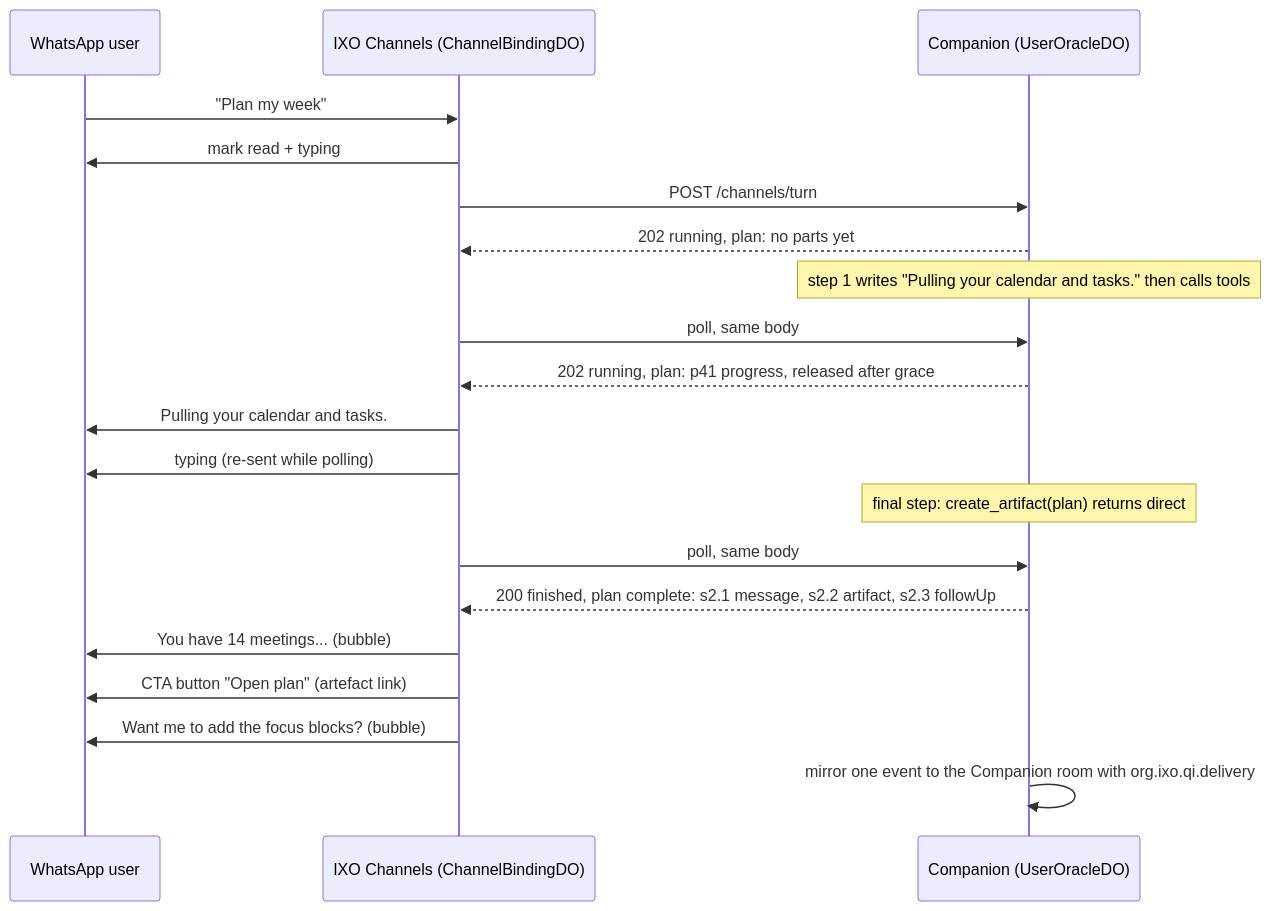
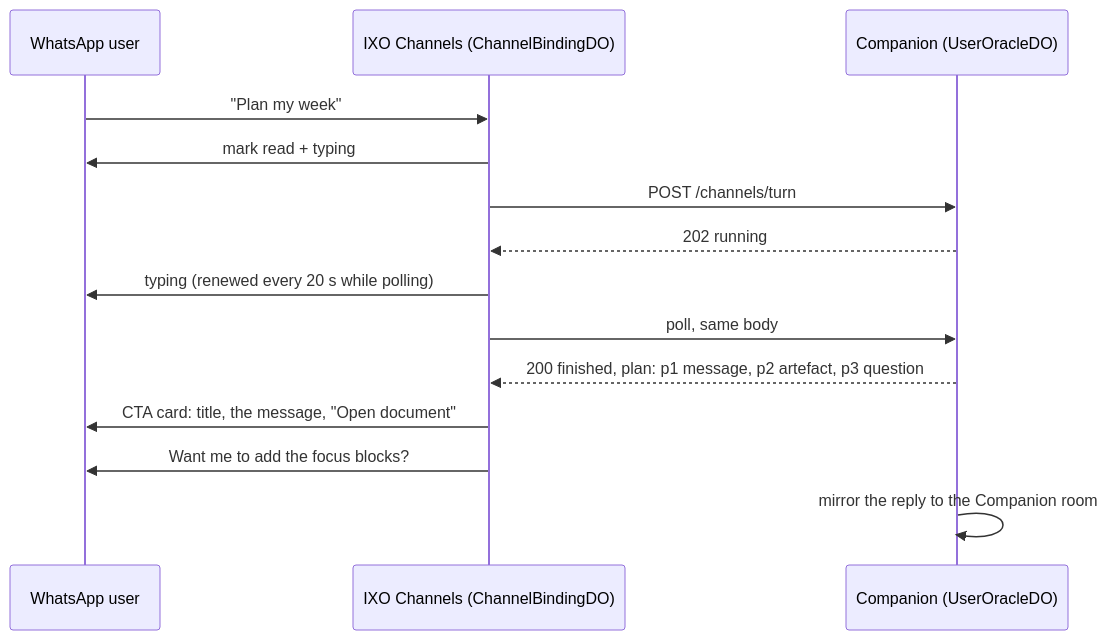
Before and after one commit to ixoworld/qiforge: the second of 2 diagrams in specs/chat-native-delivery.md, drawn with Mermaid. The commit also changed other lines of this file and 2 other files, not shown here.

First line of the commit message:
docs(specs): record chat delivery decisions and what shipped

````diff
--- a/specs/chat-native-delivery.md
+++ b/specs/chat-native-delivery.md
@@ -317,22 +333,16 @@
 ```mermaid
 sequenceDiagram
     participant U as WhatsApp user
     participant G as IXO Channels (ChannelBindingDO)
     participant Q as Companion (UserOracleDO)
     U->>G: "Plan my week"
     G->>U: mark read + typing
     G->>Q: POST /channels/turn
-    Q-->>G: 202 running, plan: no parts yet
-    Note over Q: step 1 writes "Pulling your calendar and tasks." then calls tools
+    Q-->>G: 202 running
+    G->>U: typing (renewed every 20 s while polling)
     G->>Q: poll, same body
-    Q-->>G: 202 running, plan: p41 progress, released after grace
-    G->>U: Pulling your calendar and tasks.
-    G->>U: typing (re-sent while polling)
-    Note over Q: final step: create_artifact(plan) returns direct
-    G->>Q: poll, same body
-    Q-->>G: 200 finished, plan complete: s2.1 message, s2.2 artifact, s2.3 followUp
-    G->>U: You have 14 meetings... (bubble)
-    G->>U: CTA button "Open plan" (artefact link)
-    G->>U: Want me to add the focus blocks? (bubble)
-    Q->>Q: mirror one event to the Companion room with org.ixo.qi.delivery
+    Q-->>G: 200 finished, plan: p1 message, p2 artefact, p3 question
+    G->>U: CTA card: title, the message, "Open document"
+    G->>U: Want me to add the focus blocks?
+    Q->>Q: mirror the reply to the Companion room
 ```
````
